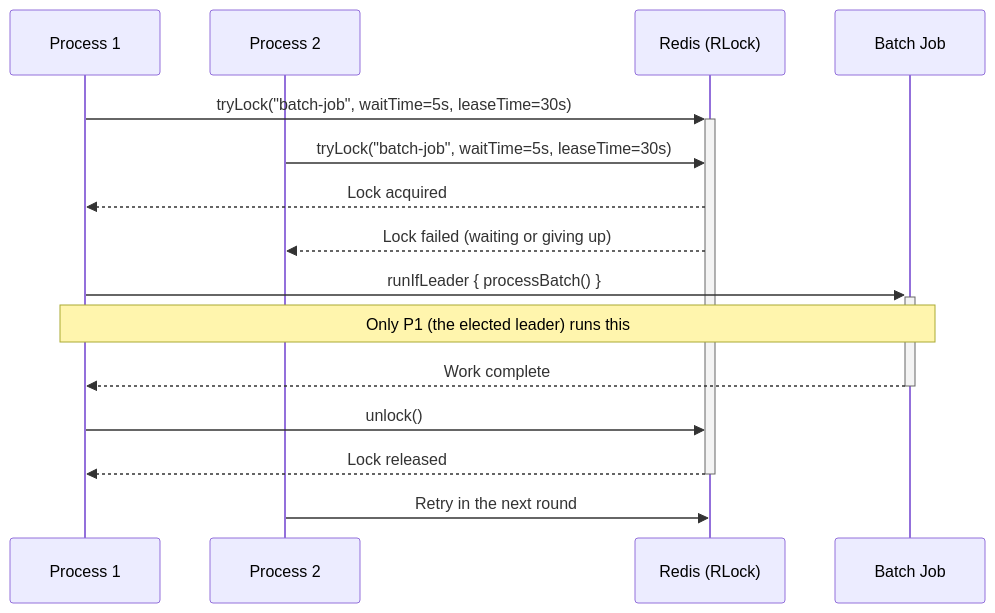
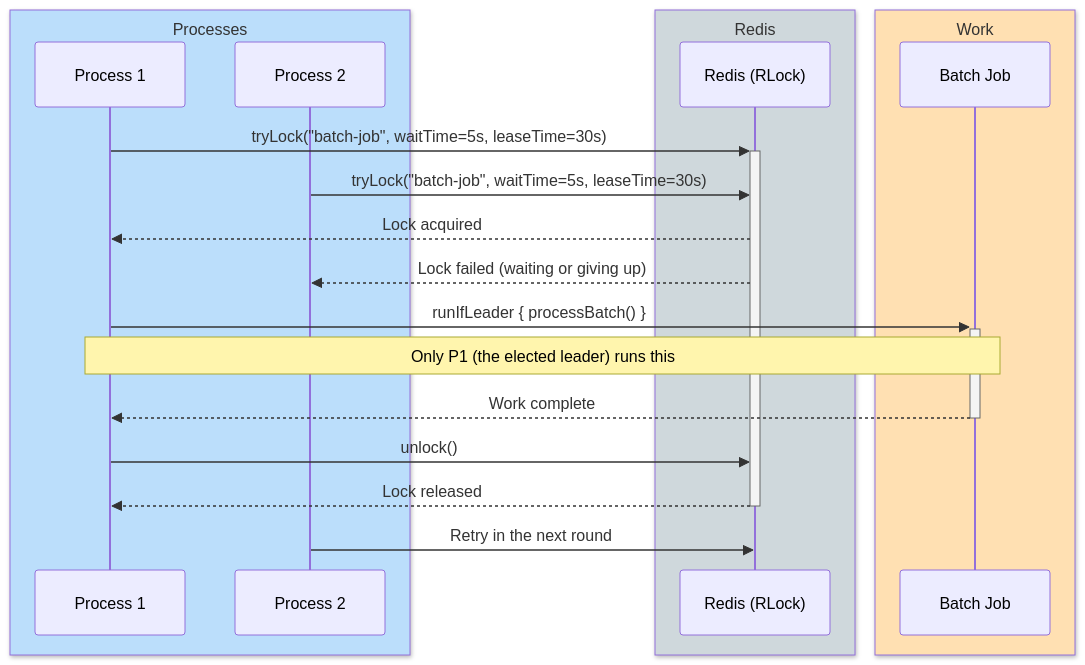
Before and after one commit to bluetape4k/bluetape4k-projects: the second of 4 diagrams in infra/redisson/README.md, drawn with Mermaid. The commit also changed other lines of this file and 221 other files, not shown here.

First line of the commit message:
docs: 전체 모듈 README UML 다이어그램 보강 및 색상 업그레이드

````diff
--- a/infra/redisson/README.md
+++ b/infra/redisson/README.md
@@ -369,20 +377,26 @@
 ```mermaid
 sequenceDiagram
+    box rgb(187,222,251) Processes
     participant P1 as Process 1
     participant P2 as Process 2
+    end
+    box rgb(207,216,220) Redis
     participant Redis as Redis (RLock)
+    end
+    box rgb(255,224,178) Work
     participant Job as Batch Job
+    end
 
     P1->>+Redis: tryLock("batch-job", waitTime=5s, leaseTime=30s)
     P2->>Redis: tryLock("batch-job", waitTime=5s, leaseTime=30s)
     Redis-->>P1: Lock acquired
     Redis-->>P2: Lock failed (waiting or giving up)
 
     P1->>+Job: runIfLeader { processBatch() }
     Note over P1,Job: Only P1 (the elected leader) runs this
     Job-->>-P1: Work complete
     P1->>Redis: unlock()
     Redis-->>-P1: Lock released
 
     P2->>Redis: Retry in the next round
 ```
````
